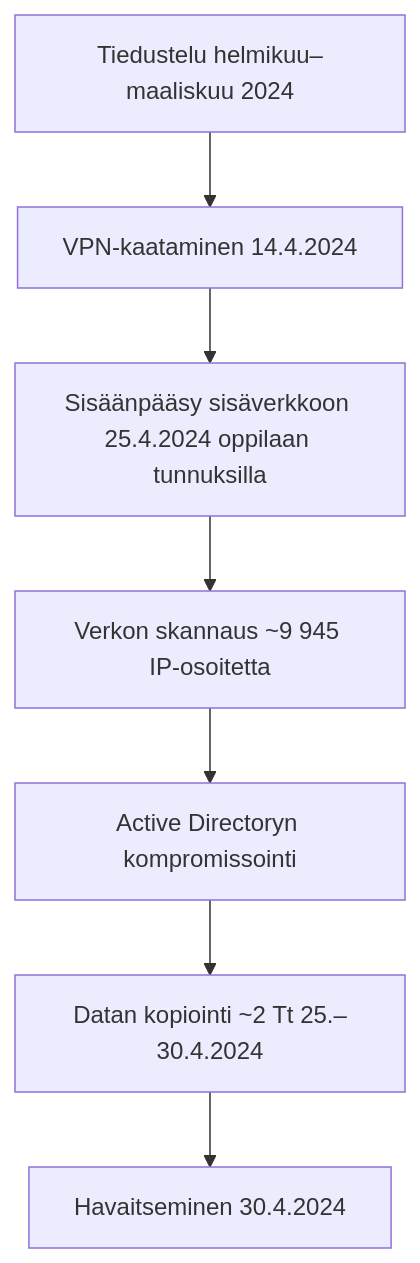
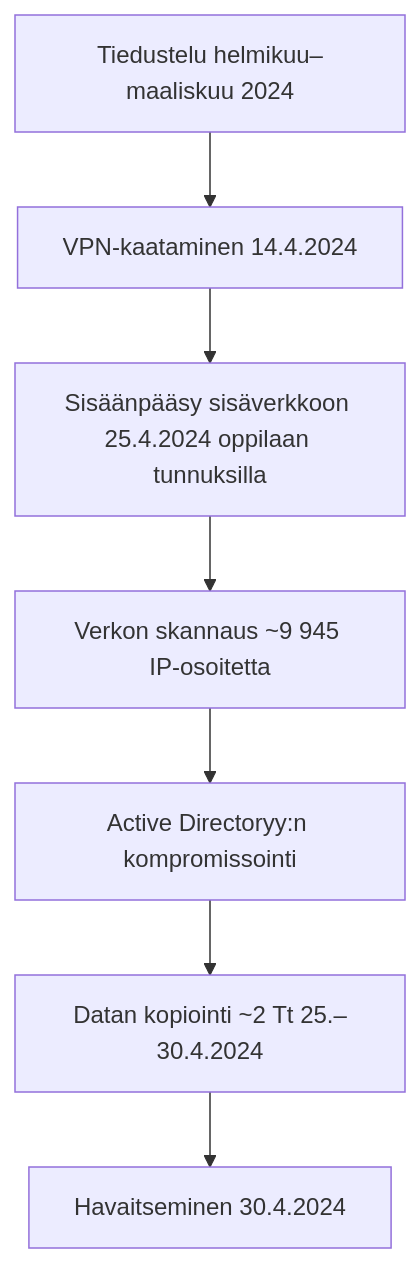
One commit to Petsku01/Theory changed the diagram in Analyses/helsinki-cyberattack-readme.md. Above: the diagram before and after it, drawn with Mermaid.

Commit message:
Fix typo in Active Directory reference

````diff
--- a/Analyses/helsinki-cyberattack-readme.md
+++ b/Analyses/helsinki-cyberattack-readme.md
@@ -32,9 +32,9 @@
 ```mermaid
 graph TD
     A[Tiedustelu helmikuu–maaliskuu 2024] --> B[VPN-kaataminen 14.4.2024]
     B --> C[Sisäänpääsy sisäverkkoon 25.4.2024 oppilaan tunnuksilla]
     C --> D[Verkon skannaus ~9 945 IP-osoitetta]
-    D --> E[Active Directoryn kompromissointi]
+    D --> E[Active Directoryy:n kompromissointi]
     E --> F[Datan kopiointi ~2 Tt 25.–30.4.2024]
     F --> G[Havaitseminen 30.4.2024]
 ```
````
